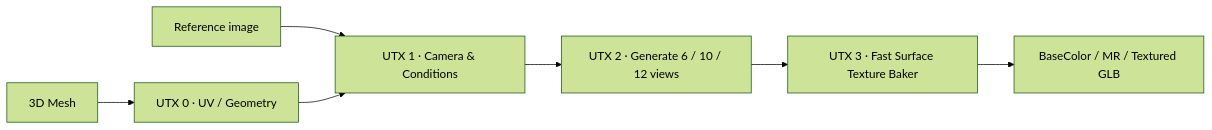
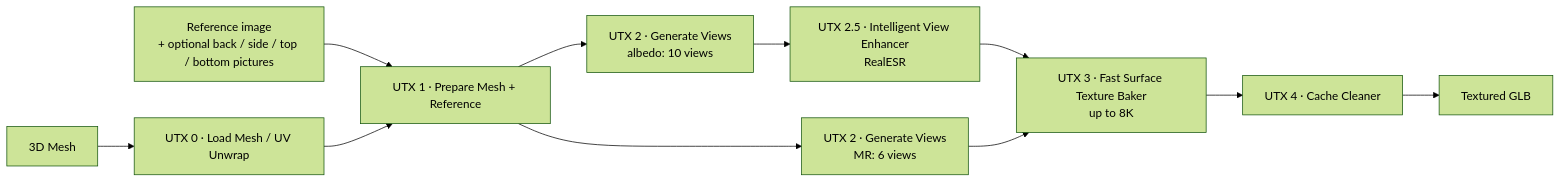
One commit to Mstafa-awad/UltraTex-ComfyUI-nodes changed the diagram in README.md. Above: the diagram before and after it, drawn with Mermaid (forest theme). The commit also changed other lines of this file and 33 other files, not shown here.

````diff
--- a/README.md
+++ b/README.md
@@ -28,9 +28,13 @@
 ```mermaid
 flowchart LR
-    M[3D Mesh] --> U[UTX 0 · UV / Geometry]
-    R[Reference image] --> A[UTX 1 · Camera & Conditions]
-    U --> A
-    A --> V[UTX 2 · Generate 6 / 10 / 12 views]
-    V --> B[UTX 3 · Fast Surface Texture Baker]
-    B --> X[BaseColor / MR / Textured GLB]
+    M[3D Mesh] --> L[UTX 0 · Load Mesh / UV Unwrap]
+    R[Reference image<br/>+ optional back / side / top / bottom pictures] --> P[UTX 1 · Prepare Mesh + Reference]
+    L --> P
+    P --> A[UTX 2 · Generate Views<br/>albedo: 10 views]
+    P --> MR[UTX 2 · Generate Views<br/>MR: 6 views]
+    A --> E[UTX 2.5 · Intelligent View Enhancer<br/>RealESR]
+    E --> B[UTX 3 · Fast Surface Texture Baker<br/>up to 8K]
+    MR --> B
+    B --> C[UTX 4 · Cache Cleaner]
+    C --> G[Textured GLB]
 ```
````
